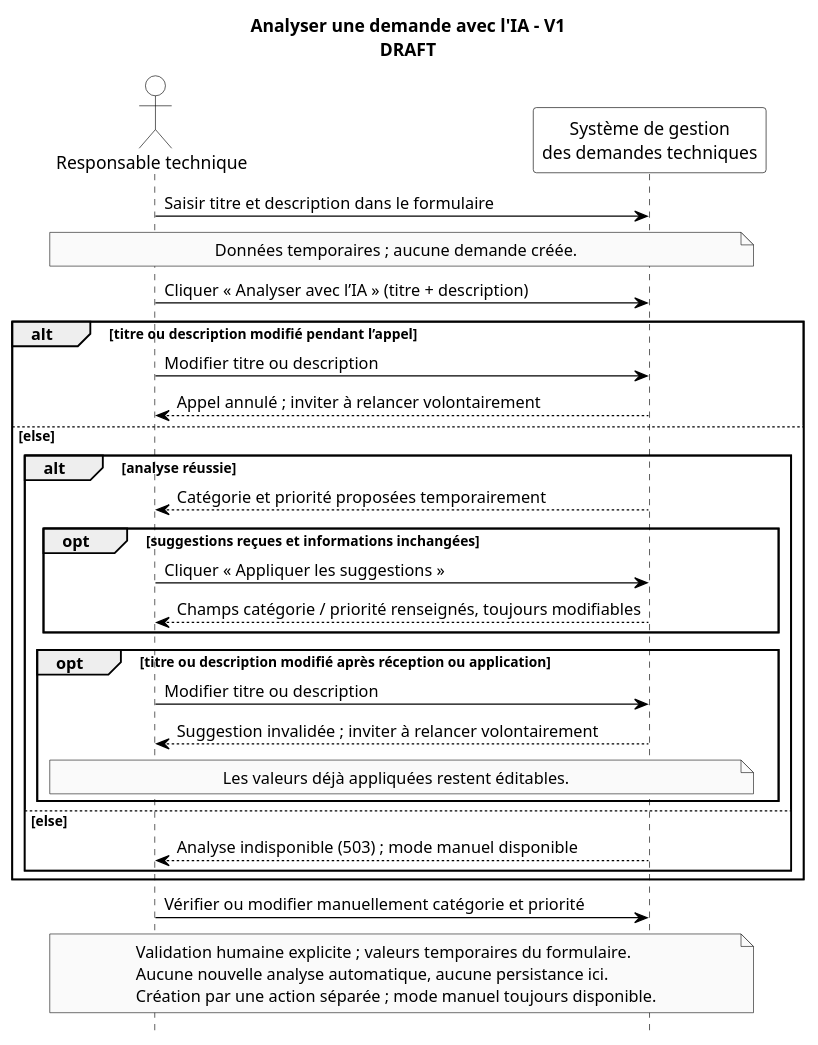
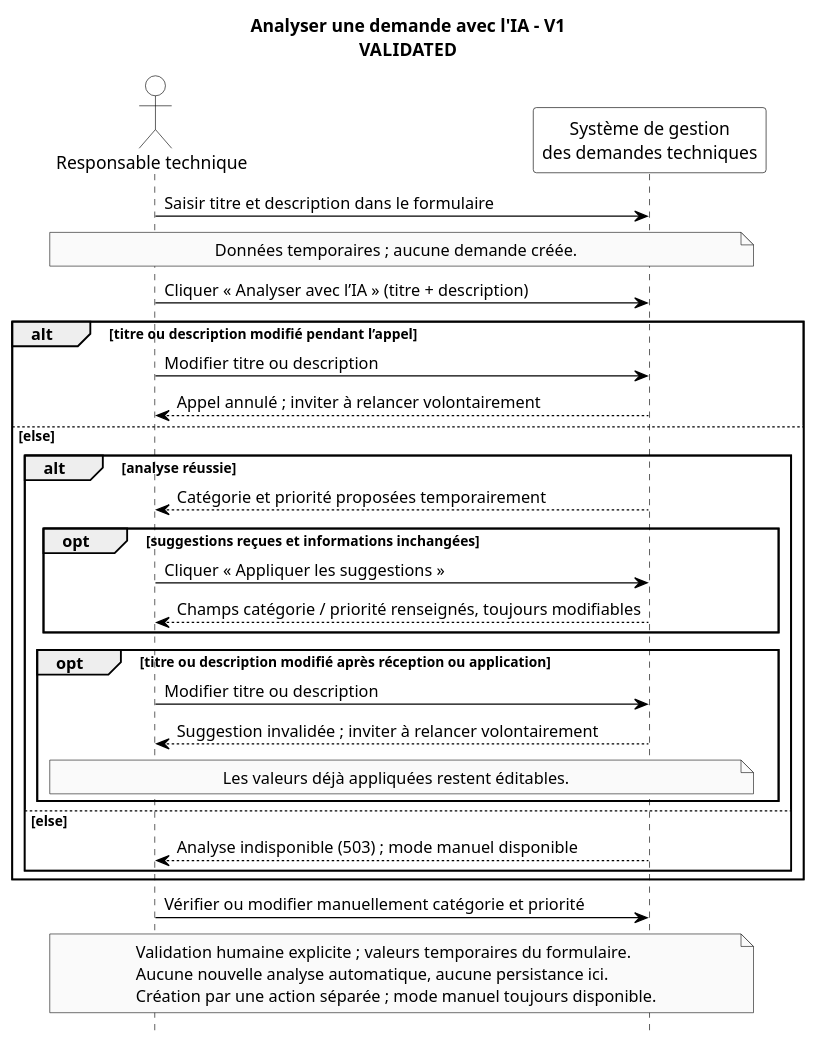
Before and after one commit to akrouty/gestion-demandes-techniques: the diagram in docs/uml/sequence/ai-analysis-v1.puml, drawn with PlantUML. The commit also changed 8 other files, not shown here.

```diff
--- a/docs/uml/sequence/ai-analysis-v1.puml
+++ b/docs/uml/sequence/ai-analysis-v1.puml
@@ -1,63 +1,63 @@
 @startuml
 
-' Statut : DRAFT
-title Analyser une demande avec l'IA - V1\nDRAFT
+' Statut : VALIDATED
+title Analyser une demande avec l'IA - V1\nVALIDATED
 
 hide footbox
 ' PlantUML affiche nativement les gardes des fragments entre crochets.
 skinparam monochrome true
 skinparam shadowing false
 skinparam backgroundColor white
 skinparam sequence {
   ArrowColor black
   ActorBorderColor black
   ActorBackgroundColor white
   ActorFontColor black
   ParticipantBorderColor black
   ParticipantBackgroundColor white
   ParticipantFontColor black
   LifeLineBorderColor black
   LifeLineBackgroundColor white
   GroupBorderColor black
   GroupHeaderFontColor black
   GroupBodyBackgroundColor white
 }
 
 actor "Responsable technique" as RT
 participant "Système de gestion\ndes demandes techniques" as SYSTEM
 
 RT -> SYSTEM : Saisir titre et description dans le formulaire
 note over RT, SYSTEM : Données temporaires ; aucune demande créée.
 RT -> SYSTEM : Cliquer « Analyser avec l’IA » (titre + description)
 ' Garde UML : [titre ou description modifié pendant l’appel]
 alt titre ou description modifié pendant l’appel
   RT -> SYSTEM : Modifier titre ou description
   SYSTEM --> RT : Appel annulé ; inviter à relancer volontairement
 ' Garde UML : [else]
 else else
   ' Garde UML : [analyse réussie]
   alt analyse réussie
     SYSTEM --> RT : Catégorie et priorité proposées temporairement
     ' Garde UML : [suggestions reçues et informations inchangées]
     opt suggestions reçues et informations inchangées
       RT -> SYSTEM : Cliquer « Appliquer les suggestions »
       SYSTEM --> RT : Champs catégorie / priorité renseignés, toujours modifiables
     end
     ' Garde UML : [titre ou description modifié après réception ou application]
     opt titre ou description modifié après réception ou application
       RT -> SYSTEM : Modifier titre ou description
       SYSTEM --> RT : Suggestion invalidée ; inviter à relancer volontairement
       note over RT, SYSTEM : Les valeurs déjà appliquées restent éditables.
     end
   ' Garde UML : [else]
   else else
     SYSTEM --> RT : Analyse indisponible (503) ; mode manuel disponible
   end
 end
 RT -> SYSTEM : Vérifier ou modifier manuellement catégorie et priorité
 note over RT, SYSTEM
   Validation humaine explicite ; valeurs temporaires du formulaire.
   Aucune nouvelle analyse automatique, aucune persistance ici.
   Création par une action séparée ; mode manuel toujours disponible.
 end note
 @enduml
```
